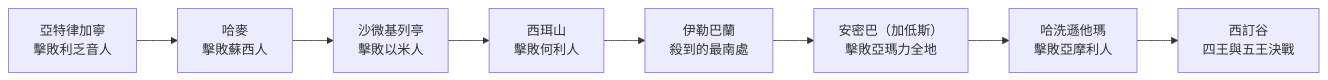
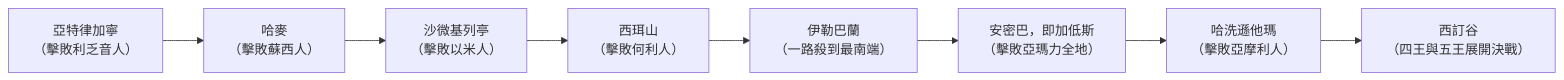
Before and after one commit to andyjr5566/Bible_wiki_zh: the diagram in 01 創世記/第14章.md, drawn with Mermaid. The commit also changed other lines of this file and 120 other files, not shown here.

````diff
--- a/01 創世記/第14章.md
+++ b/01 創世記/第14章.md
@@ -133,10 +133,10 @@
 ```mermaid
 flowchart LR
-    A["亞特律加寧<br/>擊敗利乏音人"] --> B["哈麥<br/>擊敗蘇西人"]
-    B --> C["沙微基列亭<br/>擊敗以米人"]
-    C --> D["西珥山<br/>擊敗何利人"]
-    D --> E["伊勒巴蘭<br/>殺到的最南處"]
-    E --> F["安密巴（加低斯）<br/>擊敗亞瑪力全地"]
-    F --> G["哈洗遜他瑪<br/>擊敗亞摩利人"]
-    G --> H["西訂谷<br/>四王與五王決戰"]
+    A["亞特律加寧<br/>（擊敗利乏音人）"] --> B["哈麥<br/>（擊敗蘇西人）"]
+    B --> C["沙微基列亭<br/>（擊敗以米人）"]
+    C --> D["西珥山<br/>（擊敗何利人）"]
+    D --> E["伊勒巴蘭<br/>（一路殺到最南端）"]
+    E --> F["安密巴，即加低斯<br/>（擊敗亞瑪力全地）"]
+    F --> G["哈洗遜他瑪<br/>（擊敗亞摩利人）"]
+    G --> H["西訂谷<br/>（四王與五王展開決戰）"]
 ```
````
